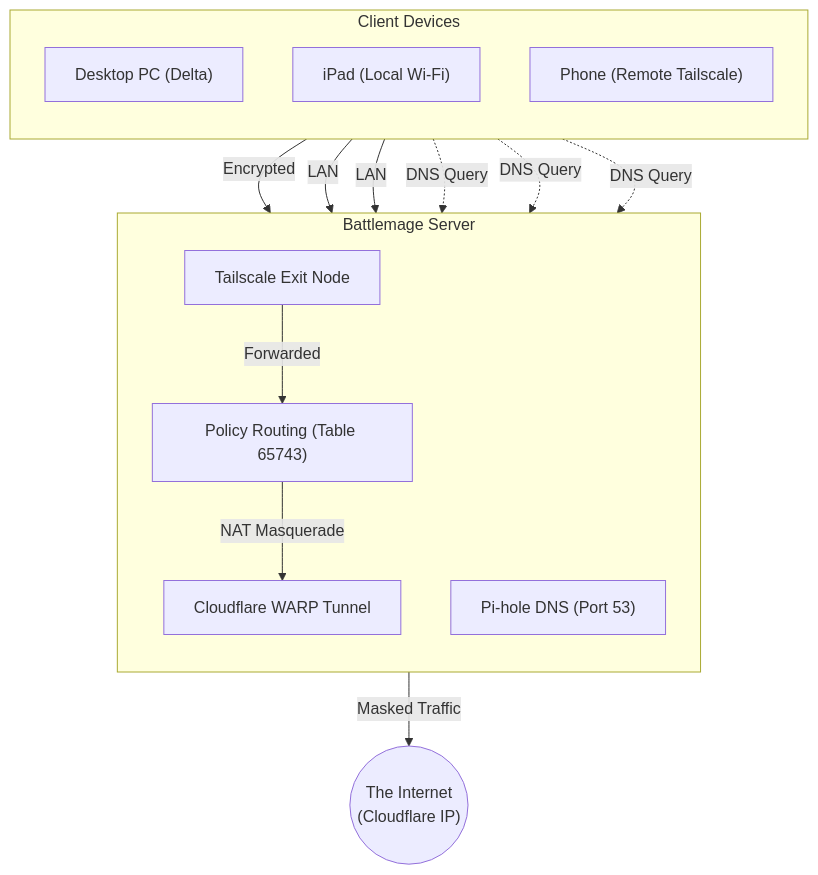
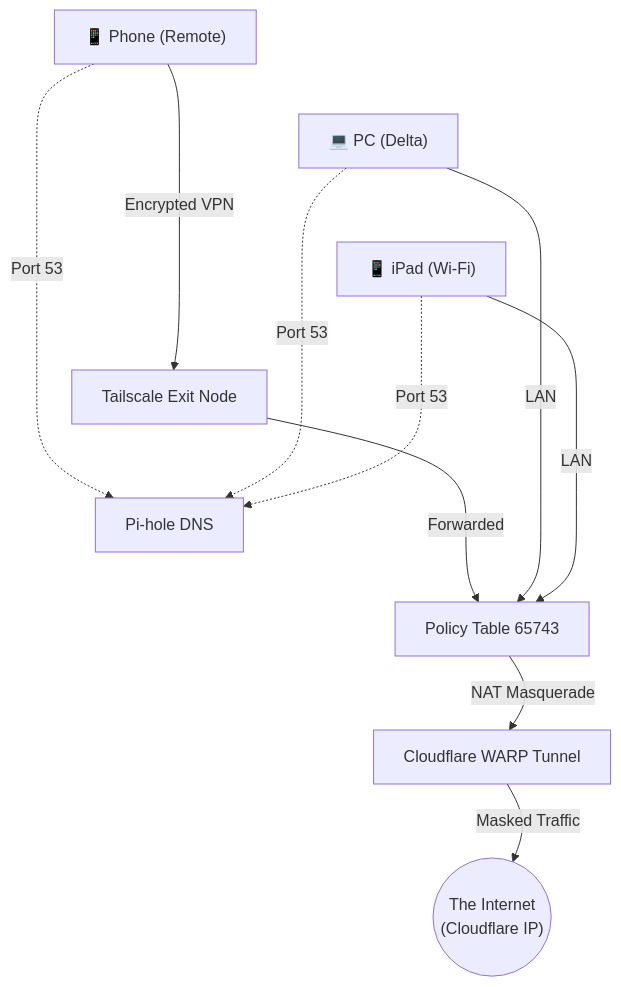
Before and after one commit to yakuyakuku/quartz4site: the first of 2 diagrams in content/Novel/private/Warp Cli Stuff.md, drawn with Mermaid. The commit also changed other lines of this file, not shown here.

````diff
--- a/content/Novel/private/Warp Cli Stuff.md
+++ b/content/Novel/private/Warp Cli Stuff.md
@@ -31,65 +31,67 @@
 ```mermaid
 
 graph TD
 
-subgraph Client Devices
+%% Nodes
 
-direction TB
+Phone["📱 Phone (Remote)"]
 
-PC["Desktop PC (Delta)"]
+PC["💻 PC (Delta)"]
 
-iPad["iPad (Local Wi-Fi)"]
-
-Phone["Phone (Remote Tailscale)"]
-
-end
-
-  
-
-subgraph Battlemage Server
-
-direction TB
+iPad["📱 iPad (Wi-Fi)"]
 
 TS["Tailscale Exit Node"]
 
-Pihole["Pi-hole DNS (Port 53)"]
+Pihole["Pi-hole DNS"]
 
-Table["Policy Routing (Table 65743)"]
+Table["Policy Table 65743"]
 
 WARP["Cloudflare WARP Tunnel"]
-
-end
-
-  
 
 Internet(("The Internet<br/>(Cloudflare IP)"))
 
   
 
-%% Data Connections
+%% Invisible spine forces strict vertical stacking (Portrait Mode)
 
-Phone -- "Encrypted" --> TS
+Phone ~~~ PC
 
-PC -- "LAN" --> Table
+PC ~~~ iPad
 
-iPad -- "LAN" --> Table
+iPad ~~~ TS
 
-TS -- "Forwarded" --> Table
+TS ~~~ Pihole
 
-%% DNS Routing
+Pihole ~~~ Table
 
-Phone -. "DNS Query" .-> Pihole
+Table ~~~ WARP
 
-PC -. "DNS Query" .-> Pihole
-
-iPad -. "DNS Query" .-> Pihole
+WARP ~~~ Internet
 
   
 
-%% Outbound
+%% Actual Traffic Flow
 
-Table -- "NAT Masquerade" --> WARP
+Phone -->|"Encrypted VPN"| TS
 
-WARP -- "Masked Traffic" --> Internet
+TS -->|"Forwarded"| Table
+
+PC -->|"LAN"| Table
+
+iPad -->|"LAN"| Table
+
+Table -->|"NAT Masquerade"| WARP
+
+WARP -->|"Masked Traffic"| Internet
+
+  
+
+%% DNS Flow
+
+Phone -.->|"Port 53"| Pihole
+
+PC -.->|"Port 53"| Pihole
+
+iPad -.->|"Port 53"| Pihole
 
 ```
````
